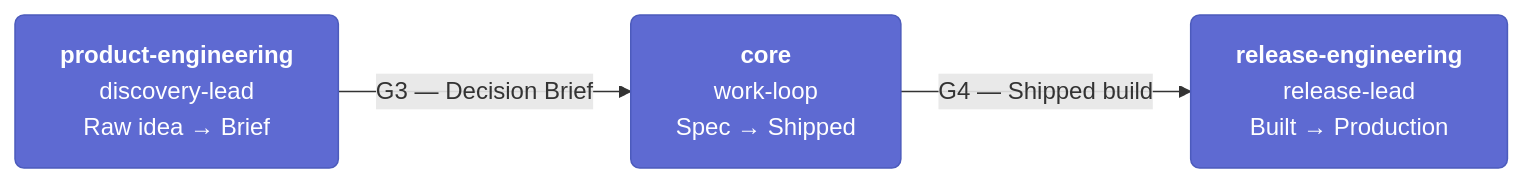
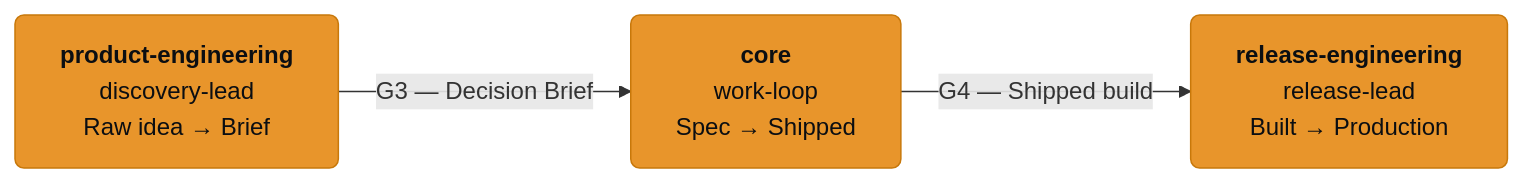
One commit to eugenelim/agent-ready-repo changed the diagram in site/docs/index.md. Above: the diagram before and after it, drawn with Mermaid. The commit also changed 10 other files, not shown here.

````diff
--- a/site/docs/index.md
+++ b/site/docs/index.md
@@ -58,14 +58,14 @@
 ```mermaid
 flowchart LR
-    classDef loop fill:#5e6ad2,stroke:#4c5bbc,color:#fff,rx:6
+    classDef loop fill:#e8952b,stroke:#c8780a,color:#0b0e12,rx:6
     PE["`**product-engineering**
     discovery-lead
     Raw idea → Brief`"]:::loop
     CO["`**core**
     work-loop
     Spec → Shipped`"]:::loop
     RE["`**release-engineering**
     release-lead
     Built → Production`"]:::loop
     PE -->|"G3 — Decision Brief"| CO -->|"G4 — Shipped build"| RE
 ```
````
